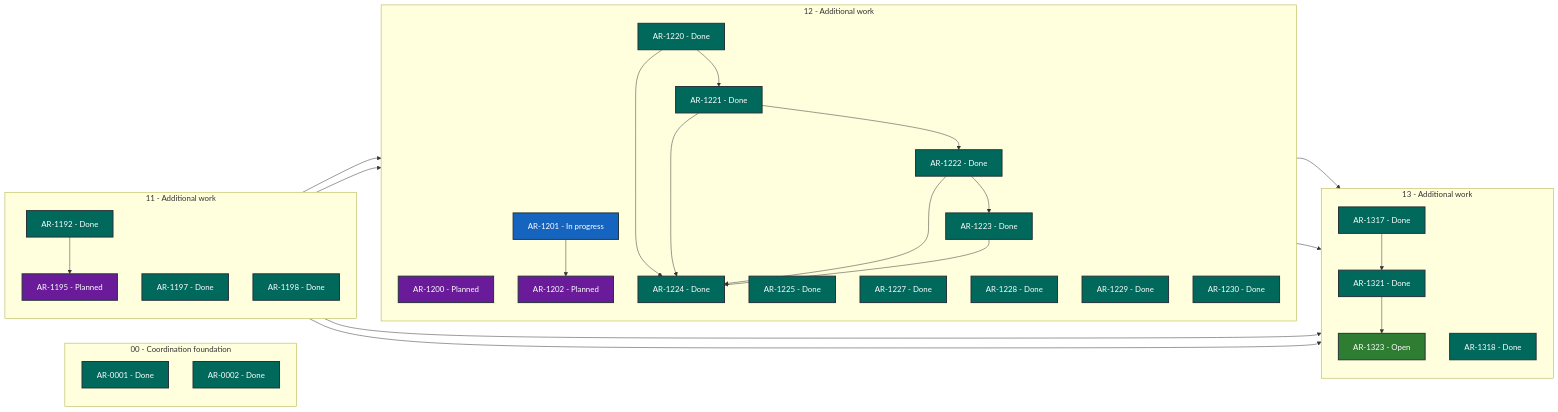
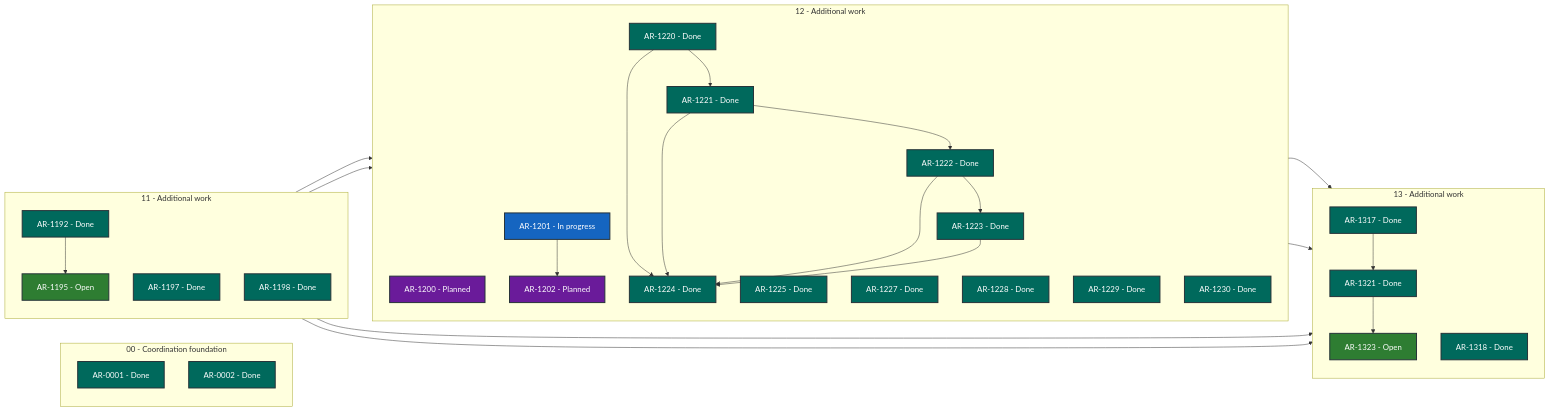
Before and after one commit to martin-beck/asb-tui-state: the diagram in STATUS.md, drawn with Mermaid. The commit also changed other lines of this file and 2 other files, not shown here.

````diff
--- a/STATUS.md
+++ b/STATUS.md
@@ -27,63 +27,63 @@
 ```mermaid
 flowchart LR
     subgraph series_00["00 - Coordination foundation"]
         direction TB
         AR_0001["AR-0001 - Done"]:::status_done
         AR_0002["AR-0002 - Done"]:::status_done
     end
     subgraph series_11["11 - Additional work"]
         direction TB
         AR_1192["AR-1192 - Done"]:::status_done
-        AR_1195["AR-1195 - Planned"]:::status_planned
+        AR_1195["AR-1195 - Open"]:::status_open
         AR_1197["AR-1197 - Done"]:::status_done
         AR_1198["AR-1198 - Done"]:::status_done
     end
     subgraph series_12["12 - Additional work"]
         direction TB
         AR_1200["AR-1200 - Planned"]:::status_planned
         AR_1201["AR-1201 - In progress"]:::status_in_progress
         AR_1202["AR-1202 - Planned"]:::status_planned
         AR_1220["AR-1220 - Done"]:::status_done
         AR_1221["AR-1221 - Done"]:::status_done
         AR_1222["AR-1222 - Done"]:::status_done
         AR_1223["AR-1223 - Done"]:::status_done
         AR_1224["AR-1224 - Done"]:::status_done
         AR_1225["AR-1225 - Done"]:::status_done
         AR_1227["AR-1227 - Done"]:::status_done
         AR_1228["AR-1228 - Done"]:::status_done
         AR_1229["AR-1229 - Done"]:::status_done
         AR_1230["AR-1230 - Done"]:::status_done
     end
     subgraph series_13["13 - Additional work"]
         direction TB
         AR_1317["AR-1317 - Done"]:::status_done
         AR_1318["AR-1318 - Done"]:::status_done
         AR_1321["AR-1321 - Done"]:::status_done
         AR_1323["AR-1323 - Open"]:::status_open
     end
     AR_1192 --> AR_1195
     AR_1192 --> AR_1317
     AR_1195 --> AR_1200
     AR_1197 --> AR_1201
     AR_1197 --> AR_1317
     AR_1201 --> AR_1202
     AR_1220 --> AR_1221
     AR_1220 --> AR_1224
     AR_1221 --> AR_1222
     AR_1221 --> AR_1224
     AR_1222 --> AR_1223
     AR_1222 --> AR_1224
     AR_1223 --> AR_1224
     AR_1228 --> AR_1317
     AR_1229 --> AR_1317
     AR_1317 --> AR_1321
     AR_1321 --> AR_1323
     classDef status_in_progress fill:#1565c0,color:#ffffff,stroke:#263238,stroke-width:2px
     classDef status_open fill:#2e7d32,color:#ffffff,stroke:#263238,stroke-width:2px
     classDef status_blocked fill:#c62828,color:#ffffff,stroke:#263238,stroke-width:2px
     classDef status_planned fill:#6a1b9a,color:#ffffff,stroke:#263238,stroke-width:2px
     classDef status_future fill:#455a64,color:#ffffff,stroke:#263238,stroke-width:2px
     classDef status_done fill:#00695c,color:#ffffff,stroke:#263238,stroke-width:2px
     classDef status_cancelled fill:#616161,color:#ffffff,stroke:#263238,stroke-width:2px
     classDef status_superseded fill:#5d4037,color:#ffffff,stroke:#263238,stroke-width:2px
 ```
````
